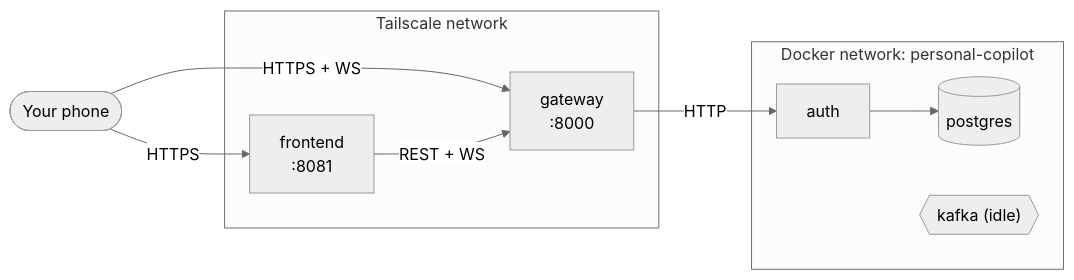
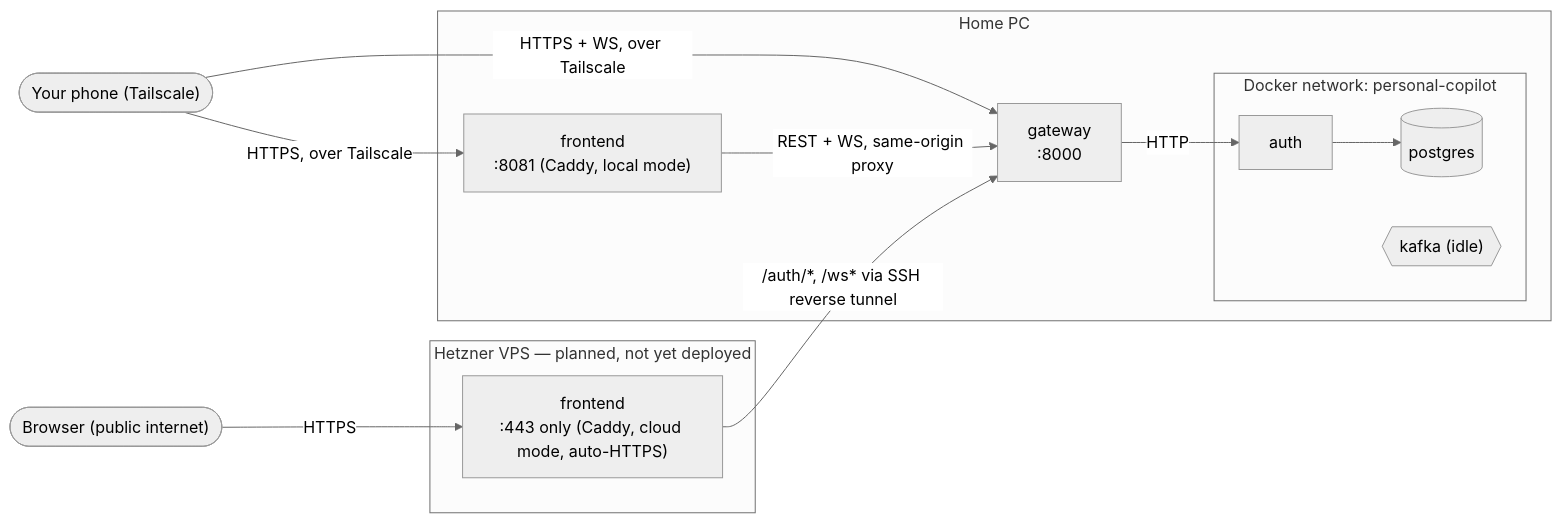
One commit to LidorElmakaies/personal-copilot changed the first of 2 diagrams in docs/specs/architecture.md. Above: the diagram before and after it, drawn with Mermaid (neutral theme). The commit also changed other lines of this file and 16 other files, not shown here.

First line of the commit message:
Add Gateway rate limiting and an HTTPS-only Caddy cloud deployment

````diff
--- a/docs/specs/architecture.md
+++ b/docs/specs/architecture.md
@@ -9,22 +17,29 @@
 ```mermaid
 flowchart LR
-    Phone(["Your phone"])
+    Phone(["Your phone (Tailscale)"])
+    Browser(["Browser (public internet)"])
 
-    subgraph Tailnet["Tailscale network"]
+    subgraph Home["Home PC"]
         Gateway["gateway\n:8000"]
-        Frontend["frontend\n:8081"]
+        FrontendLocal["frontend\n:8081 (Caddy, local mode)"]
+        subgraph Docker["Docker network: personal-copilot"]
+            Auth["auth"]
+            Postgres[("postgres")]
+            Kafka{{"kafka (idle)"}}
+        end
     end
 
-    subgraph Docker["Docker network: personal-copilot"]
-        Auth["auth"]
-        Postgres[("postgres")]
-        Kafka{{"kafka (idle)"}}
+    subgraph VPS["Hetzner VPS — planned, not yet deployed"]
+        CaddyCloud["frontend\n:443 only (Caddy, cloud mode, auto-HTTPS)"]
     end
 
-    Phone -->|HTTPS + WS| Gateway
-    Phone -->|HTTPS| Frontend
-    Frontend -->|REST + WS| Gateway
+    Phone -->|HTTPS + WS, over Tailscale| Gateway
+    Phone -->|HTTPS, over Tailscale| FrontendLocal
+    FrontendLocal -->|REST + WS, same-origin proxy| Gateway
+
+    Browser -->|HTTPS| CaddyCloud
+    CaddyCloud -->|"/auth/*, /ws* via SSH reverse tunnel"| Gateway
 
     Gateway -->|HTTP| Auth
     Auth --> Postgres
 ```
````
